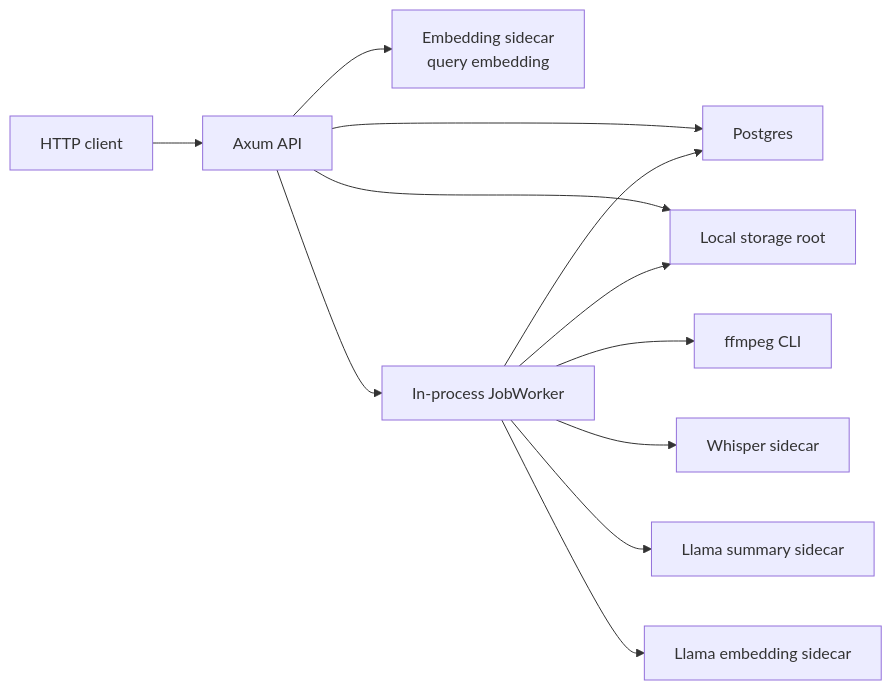
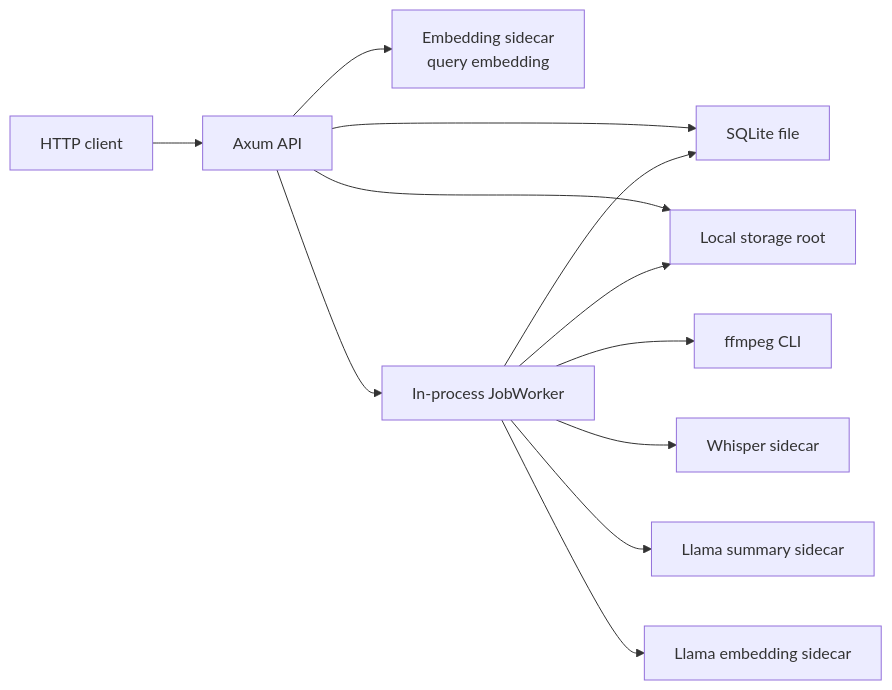
One commit to john33fiao/RecordRoute changed the diagram in docs/architecture.md. Above: the diagram before and after it, drawn with Mermaid. The commit also changed other lines of this file and 10 other files, not shown here.

Commit message:
Replace Postgres storage with SQLite and artifact search

````diff
--- a/docs/architecture.md
+++ b/docs/architecture.md
@@ -30,15 +29,15 @@
 ```mermaid
 flowchart LR
     Client["HTTP client"] --> API["Axum API"]
-    API --> PG["Postgres"]
+    API --> SQLITE["SQLite file"]
     API --> FS["Local storage root"]
     API --> EMBQ["Embedding sidecar<br/>query embedding"]
     API --> Worker["In-process JobWorker"]
 
-    Worker --> PG
+    Worker --> SQLITE
     Worker --> FS
     Worker --> FFMPEG["ffmpeg CLI"]
     Worker --> Whisper["Whisper sidecar"]
     Worker --> Summary["Llama summary sidecar"]
     Worker --> Embed["Llama embedding sidecar"]
 ```
````
